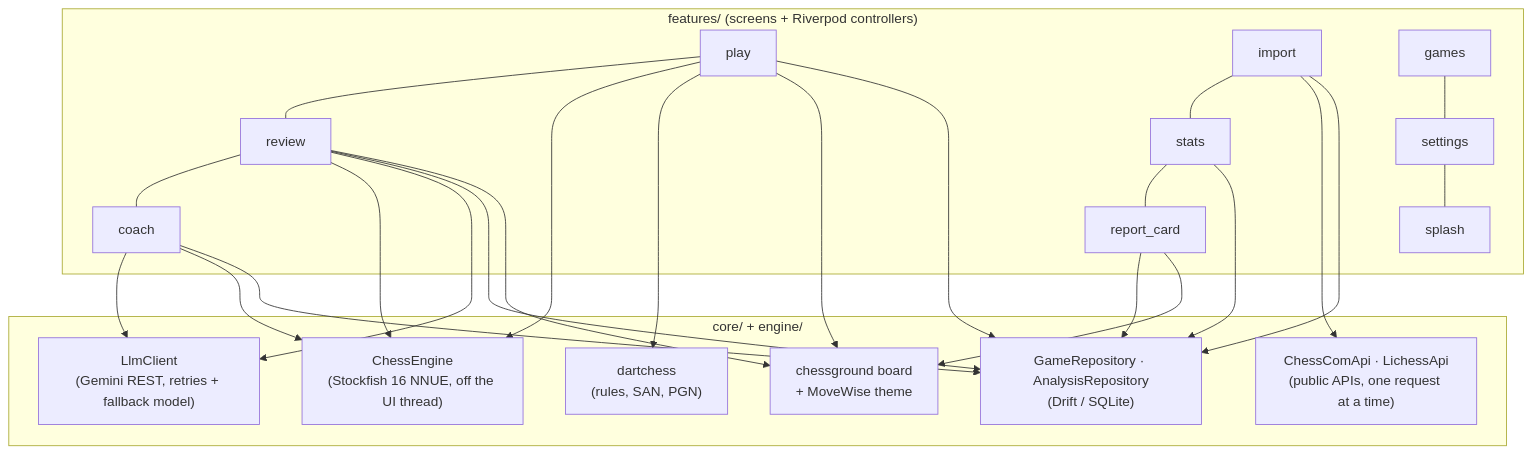
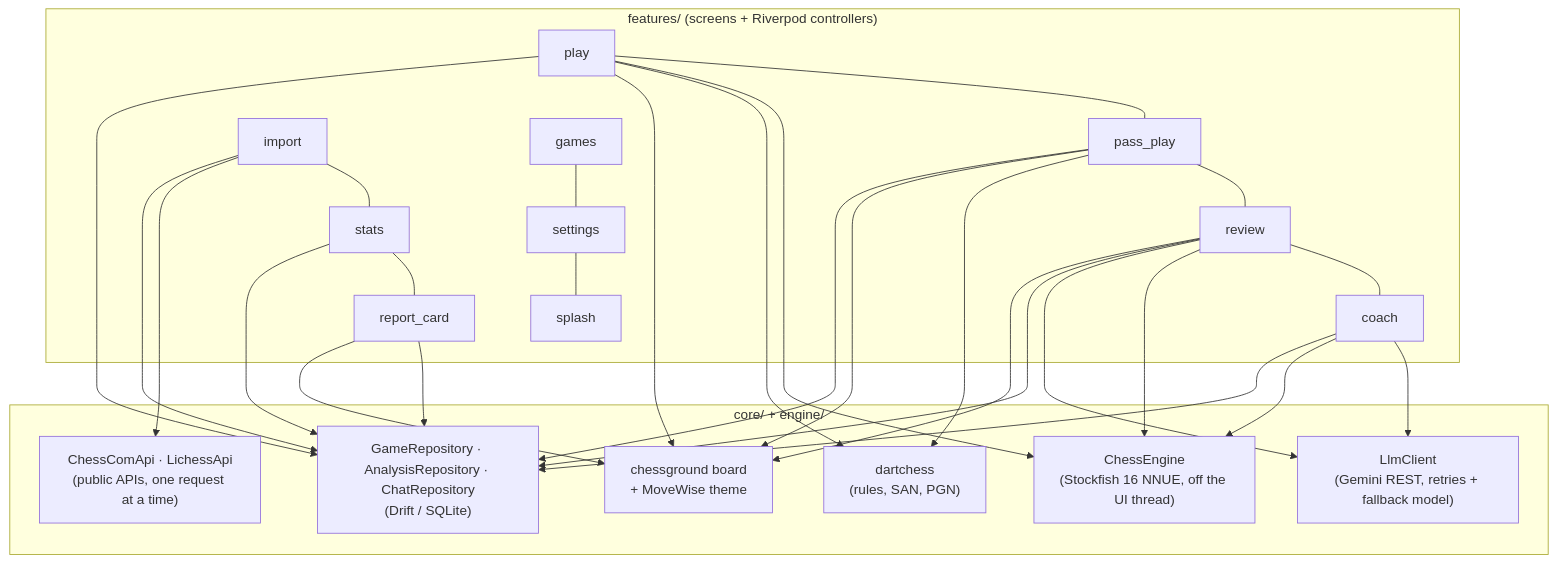
One commit to amitgp853/rooksight changed the first of 2 diagrams in README.md. Above: the diagram before and after it, drawn with Mermaid. The commit also changed other lines of this file and 114 other files, not shown here.

````diff
--- a/README.md
+++ b/README.md
@@ -43,24 +52,25 @@
 ```mermaid
 flowchart TB
   subgraph UI["features/ (screens + Riverpod controllers)"]
-    play[play] --- review[review] --- coach[coach]
+    play[play] --- pass[pass_play] --- review[review] --- coach[coach]
     import[import] --- stats[stats] --- report[report_card]
     games[games] --- settings[settings] --- splash[splash]
   end
 
   subgraph core["core/ + engine/"]
     engine["ChessEngine<br/>(Stockfish 16 NNUE, off the UI thread)"]
     llm["LlmClient<br/>(Gemini REST, retries + fallback model)"]
     chesscom["ChessComApi · LichessApi<br/>(public APIs, one request at a time)"]
-    repo["GameRepository · AnalysisRepository<br/>(Drift / SQLite)"]
+    repo["GameRepository · AnalysisRepository · ChatRepository<br/>(Drift / SQLite)"]
     rules["dartchess<br/>(rules, SAN, PGN)"]
     board["chessground board<br/>+ MoveWise theme"]
   end
 
   play --> engine & rules & board & repo
+  pass --> rules & board & repo
   review --> engine & llm & repo & board
   coach --> llm & engine & repo
   import --> chesscom & repo
   stats --> repo
   report --> repo & board
 ```
````
